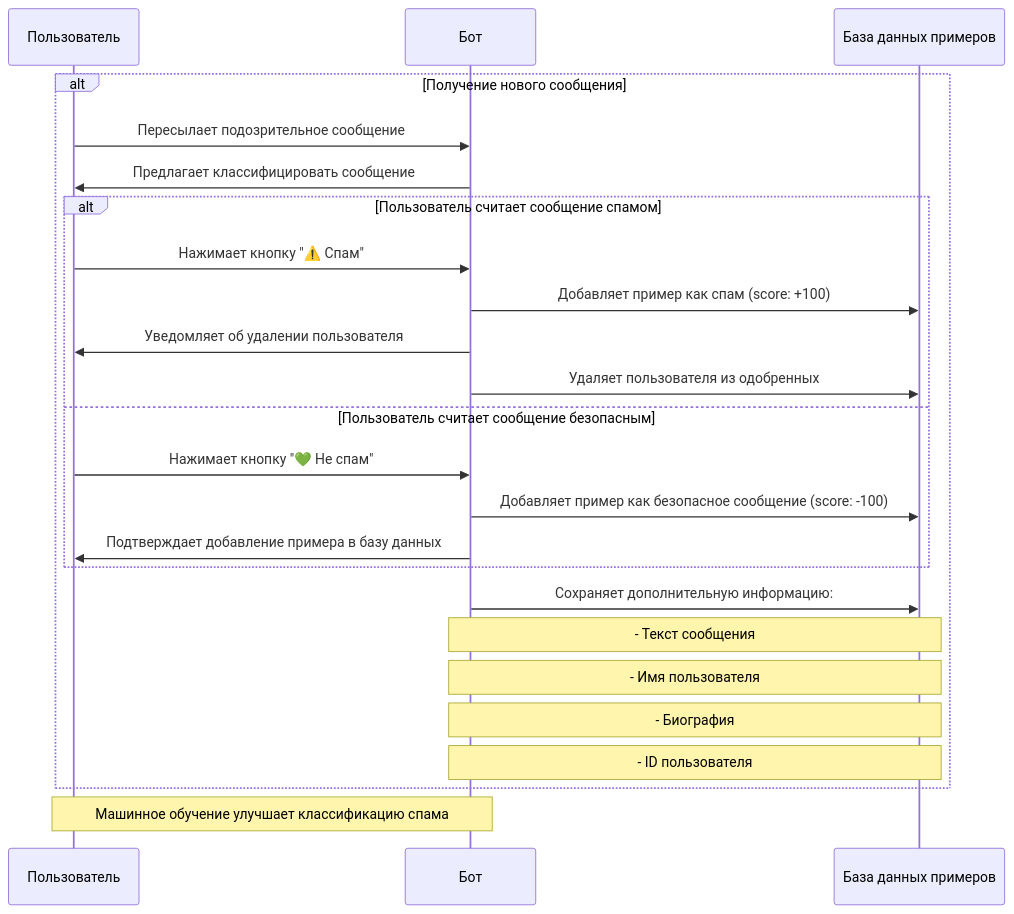
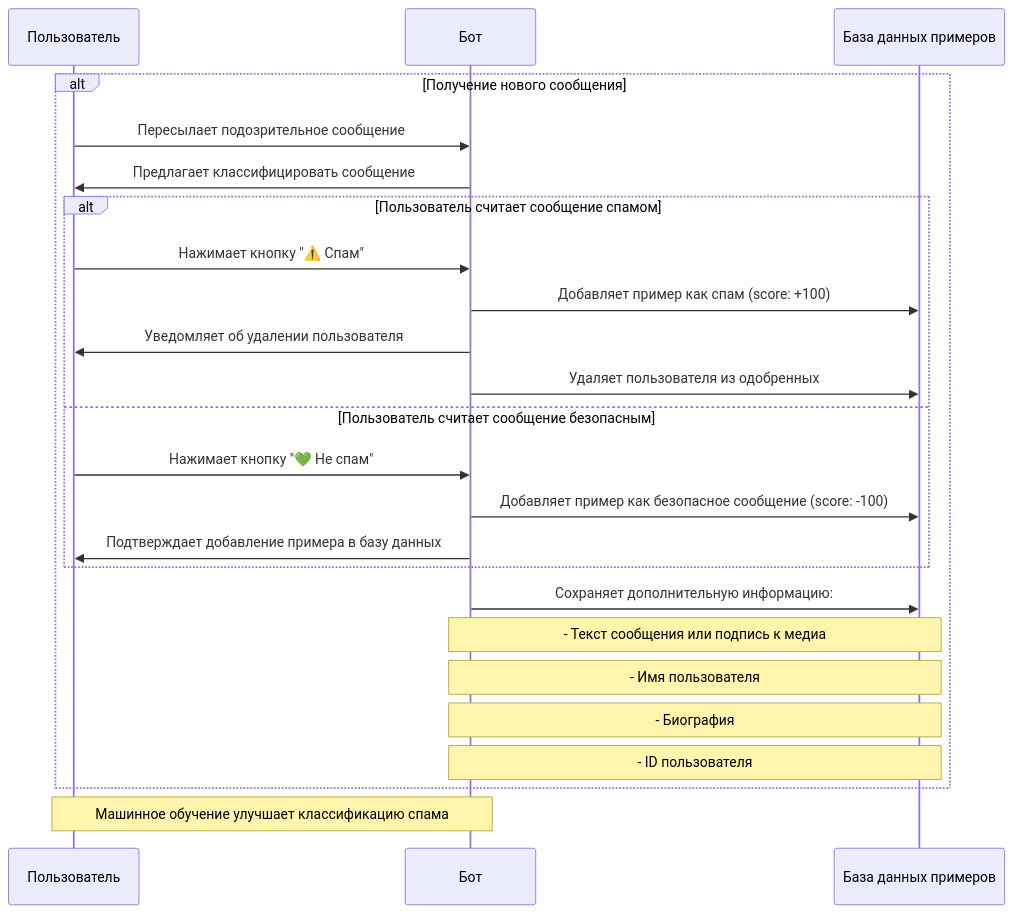
Before and after one commit to leshchenko1979/tg_ai_blocker: the diagram in PRD.md, drawn with Mermaid. The commit also changed other lines of this file and 4 other files, not shown here.

````diff
--- a/PRD.md
+++ b/PRD.md
@@ -73,26 +92,26 @@
 ```mermaid
 sequenceDiagram
 participant User as Пользователь
 participant Bot as Бот
 participant Database as База данных примеров
 alt Получение нового сообщения
 User->>Bot: Пересылает подозрительное сообщение
 Bot->>User: Предлагает классифицировать сообщение
 alt Пользователь считает сообщение спамом
 User->>Bot: Нажимает кнопку "⚠️ Спам"
 Bot->>Database: Добавляет пример как спам (score: +100)
 Bot->>User: Уведомляет об удалении пользователя
 Bot->>Database: Удаляет пользователя из одобренных
 else Пользователь считает сообщение безопасным
 User->>Bot: Нажимает кнопку "💚 Не спам"
 Bot->>Database: Добавляет пример как безопасное сообщение (score: -100)
 Bot->>User: Подтверждает добавление примера в базу данных
 end
 Bot->>Database: Сохраняет дополнительную информацию:
-Note over Bot,Database: - Текст сообщения
+Note over Bot,Database: - Текст сообщения или подпись к медиа
 Note over Bot,Database: - Имя пользователя
 Note over Bot,Database: - Биография
 Note over Bot,Database: - ID пользователя
 end
 Note over User,Bot: Машинное обучение улучшает классификацию спама
 ```
````
